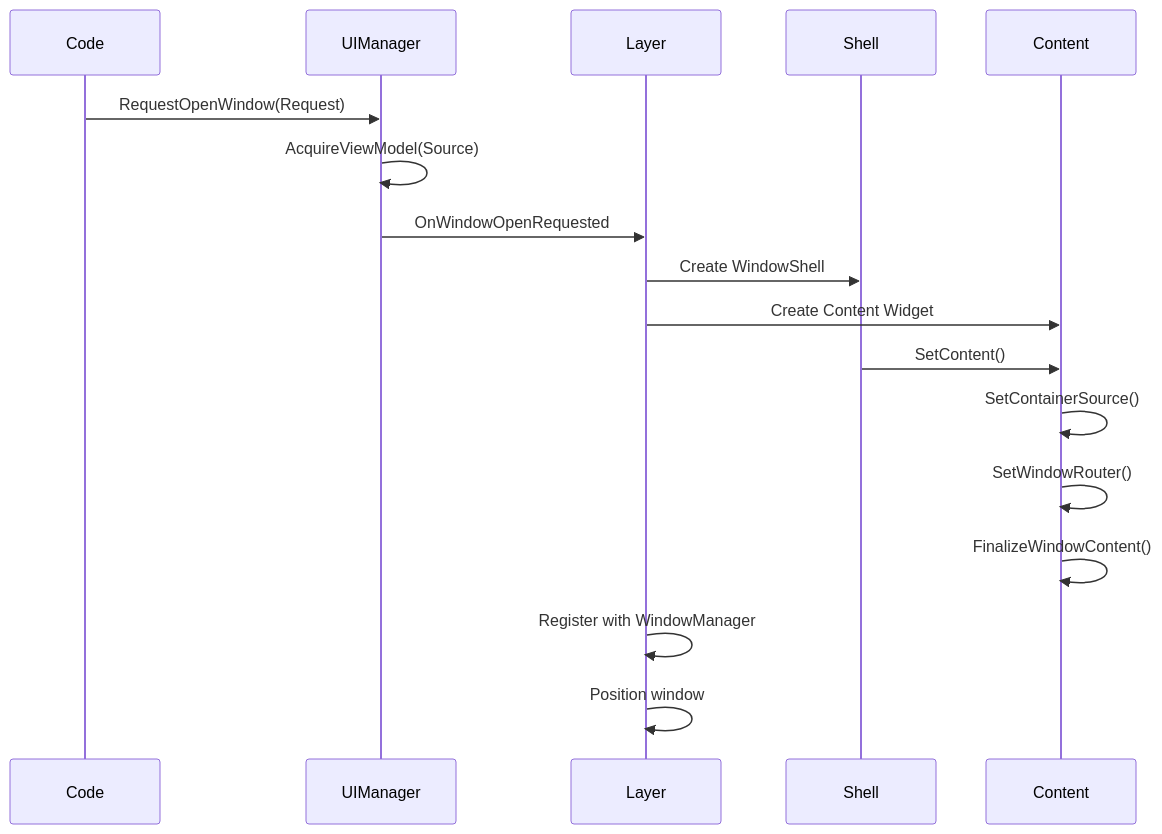
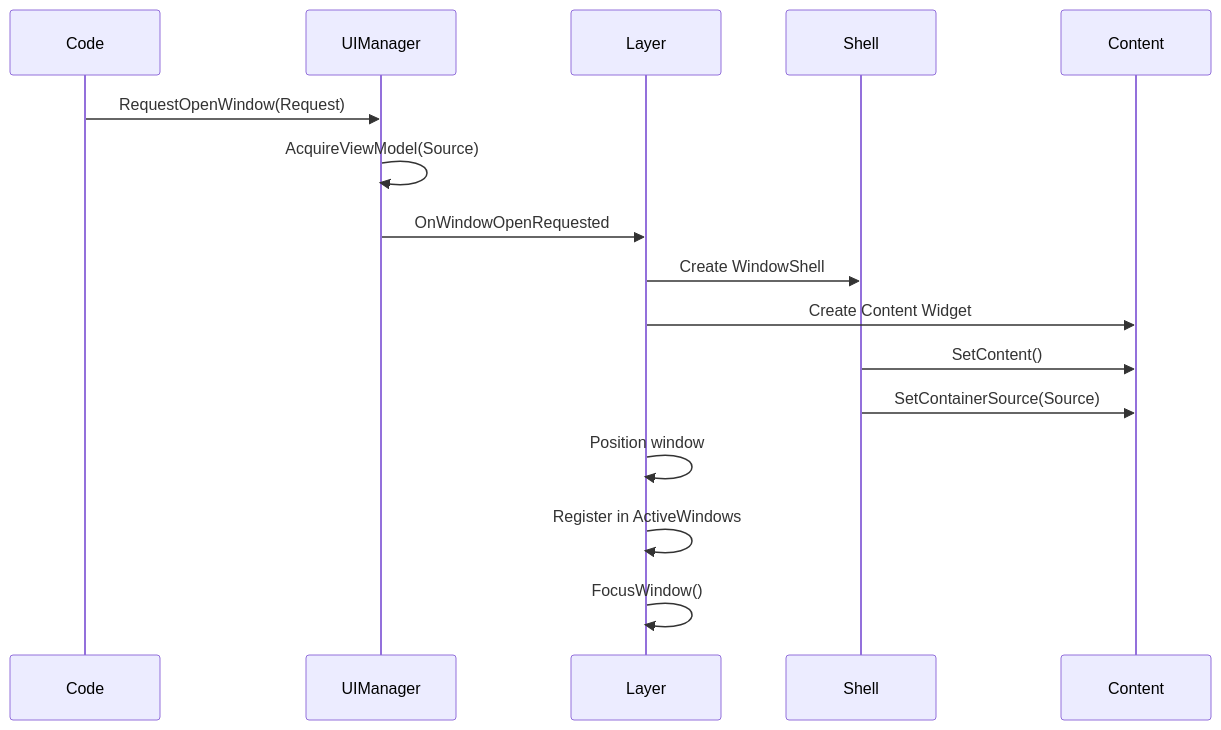
Before and after one commit to outliyr/outliyr-docs: the first of 4 diagrams in outliyr-framework/docs/base-lyra-modified/ui/item-container-ui-system/the-windowing-system/window-lifecycle.md, drawn with Mermaid. The commit also changed other lines of this file and 33 other files, not shown here.

````diff
--- a/outliyr-framework/docs/base-lyra-modified/ui/item-container-ui-system/the-windowing-system/window-lifecycle.md
+++ b/outliyr-framework/docs/base-lyra-modified/ui/item-container-ui-system/the-windowing-system/window-lifecycle.md
@@ -35,20 +35,19 @@
 ```mermaid
 sequenceDiagram
     participant Code
     participant UIManager
     participant Layer
     participant Shell
     participant Content
 
     Code->>UIManager: RequestOpenWindow(Request)
     UIManager->>UIManager: AcquireViewModel(Source)
     UIManager->>Layer: OnWindowOpenRequested
     Layer->>Shell: Create WindowShell
     Layer->>Content: Create Content Widget
     Shell->>Content: SetContent()
-    Content->>Content: SetContainerSource()
-    Content->>Content: SetWindowRouter()
-    Content->>Content: FinalizeWindowContent()
-    Layer->>Layer: Register with WindowManager
+    Shell->>Content: SetContainerSource(Source)
     Layer->>Layer: Position window
+    Layer->>Layer: Register in ActiveWindows
+    Layer->>Layer: FocusWindow()
 ```
````
